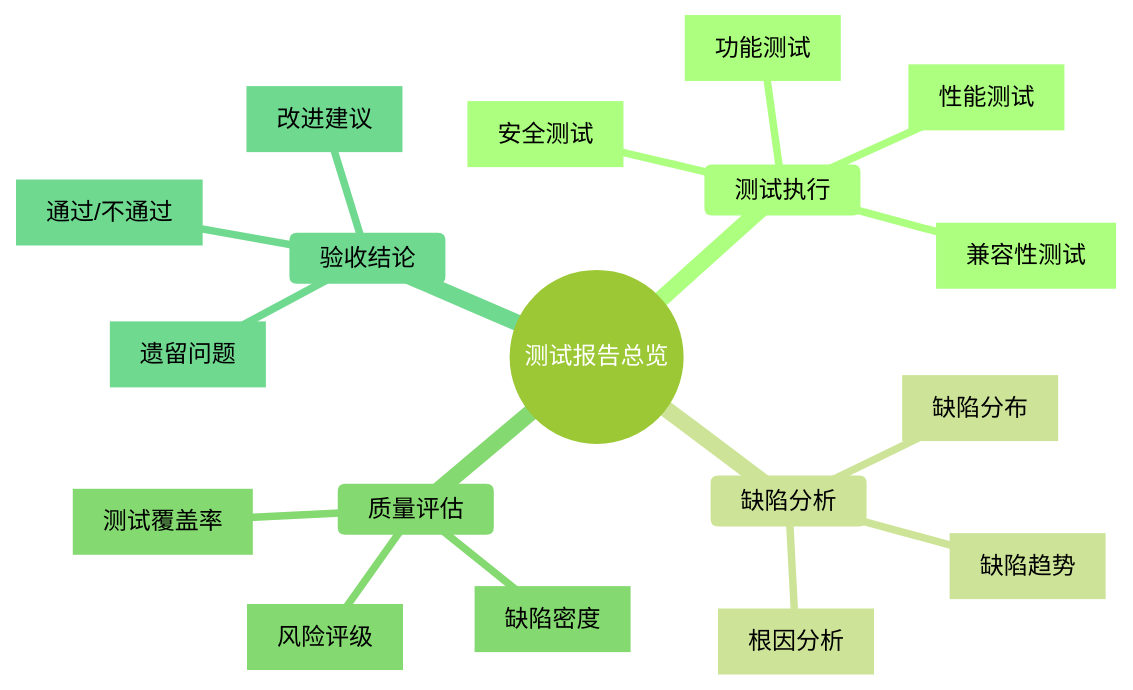
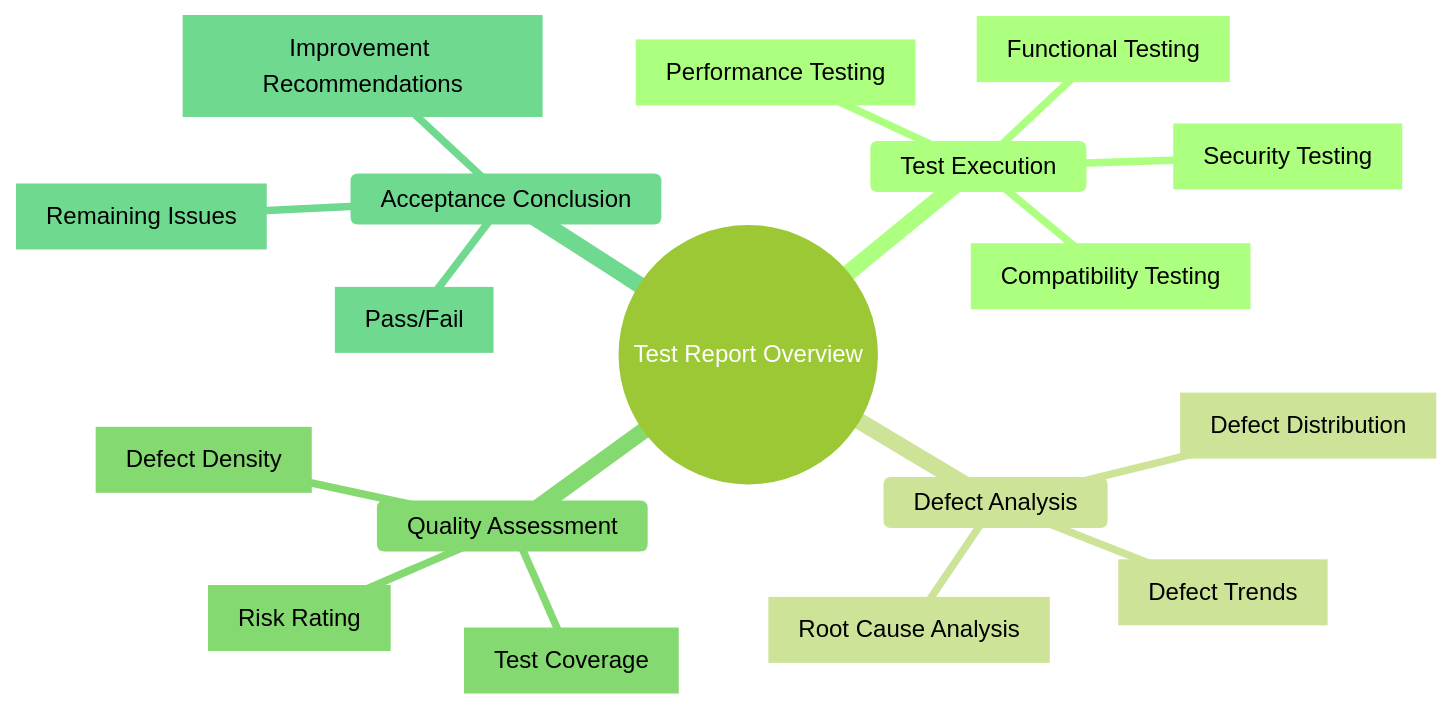
Before and after one commit to Kirky-X/cangjie: the first of 4 diagrams in templates/产品/交付层/【模板】测试报告.md, drawn with Mermaid (forest theme). The commit also changed other lines of this file and 60 other files, not shown here.

````diff
--- a/templates/产品/交付层/【模板】测试报告.md
+++ b/templates/产品/交付层/【模板】测试报告.md
@@ -74,21 +74,21 @@
 ```mermaid
 mindmap
-  root((测试报告总览))
-    测试执行
-      [功能测试]
-      [性能测试]
-      [安全测试]
-      [兼容性测试]
-    缺陷分析
-      [缺陷分布]
-      [缺陷趋势]
-      [根因分析]
-    质量评估
-      [测试覆盖率]
-      [缺陷密度]
-      [风险评级]
-    验收结论
-      [通过/不通过]
-      [遗留问题]
-      [改进建议]
+  root((Test Report Overview))
+    Test Execution
+      [Functional Testing]
+      [Performance Testing]
+      [Security Testing]
+      [Compatibility Testing]
+    Defect Analysis
+      [Defect Distribution]
+      [Defect Trends]
+      [Root Cause Analysis]
+    Quality Assessment
+      [Test Coverage]
+      [Defect Density]
+      [Risk Rating]
+    Acceptance Conclusion
+      [Pass/Fail]
+      [Remaining Issues]
+      [Improvement Recommendations]
 ```
````
